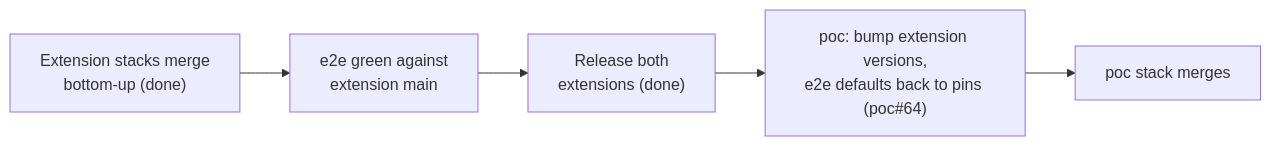
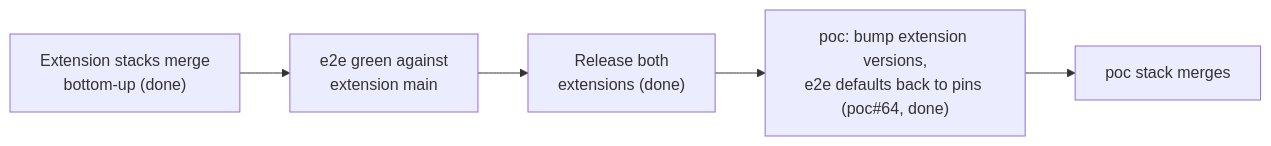
The diagram in docs/spec/traceability.md (OTelFeature/poc), drawn with Mermaid before and after one commit. The commit also changed other lines of this file and 14 other files, not shown here.

````diff
--- a/docs/spec/traceability.md
+++ b/docs/spec/traceability.md
@@ -224,7 +257,7 @@
 ```mermaid
 flowchart LR
     X["Extension stacks merge<br/>bottom-up (done)"] --> E["e2e green against<br/>extension main"]
     E --> R["Release both<br/>extensions (done)"]
-    R --> B["poc: bump extension versions,<br/>e2e defaults back to pins (poc#64)"]
+    R --> B["poc: bump extension versions,<br/>e2e defaults back to pins (poc#64, done)"]
     B --> P["poc stack merges"]
 ```
````
